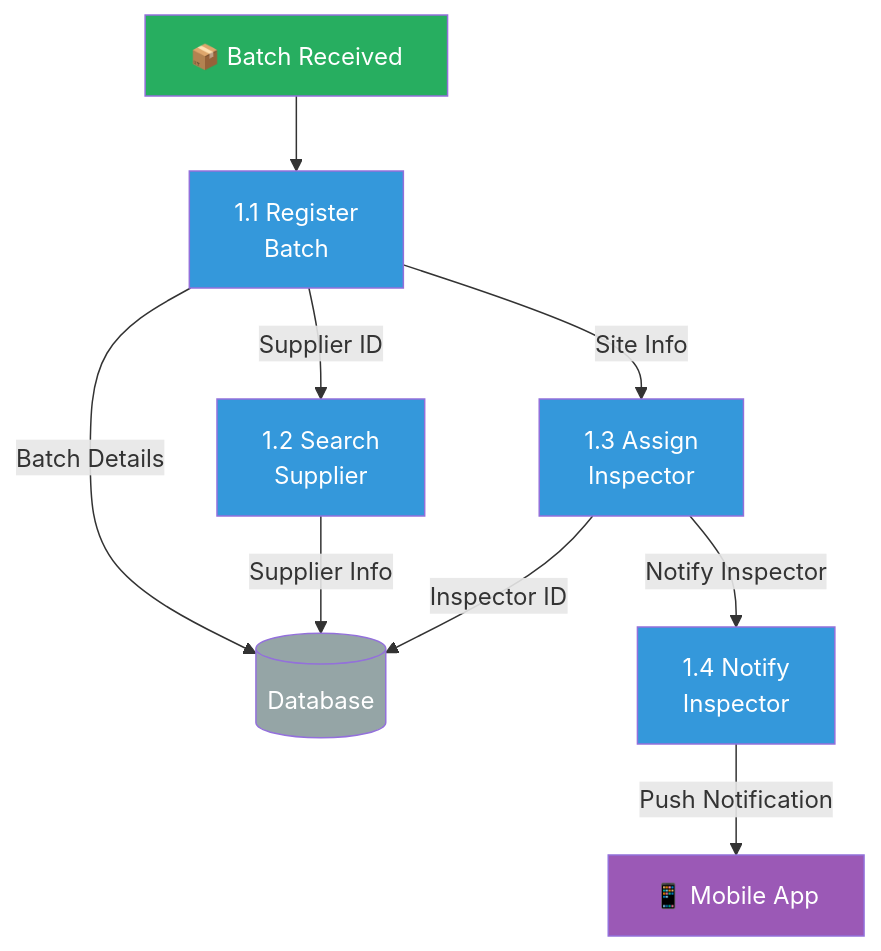
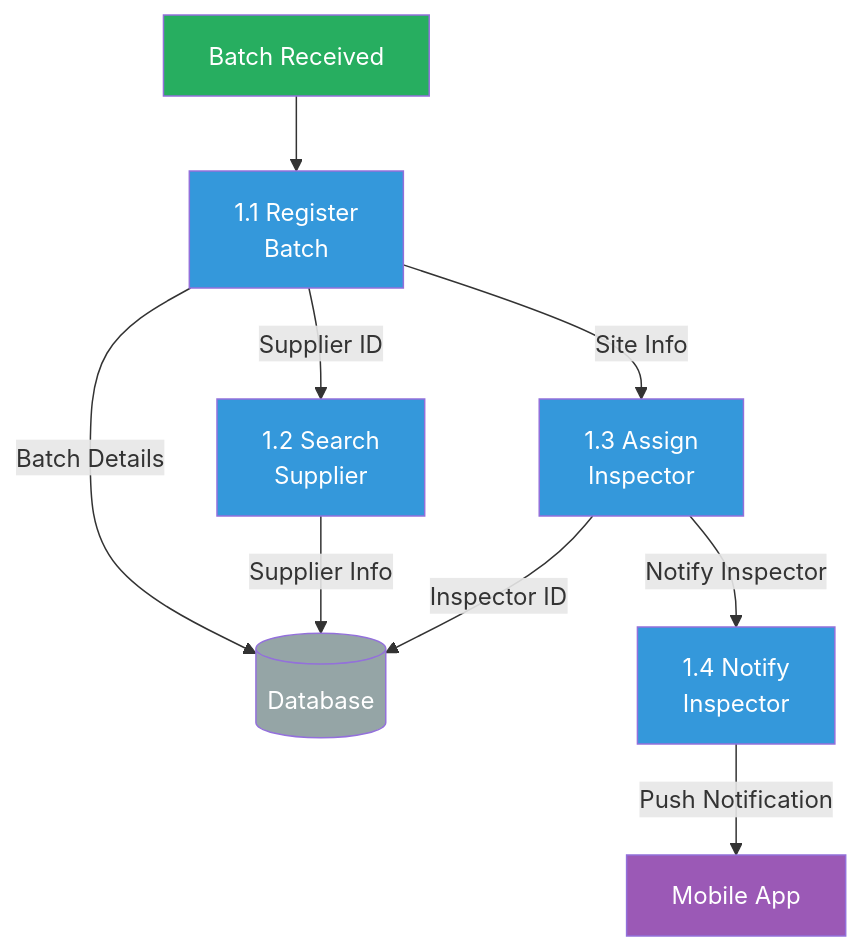
The third of 7 diagrams in docs/architecture/data-flow-diagrams.md (AbraImani/Authmed_Backend_intern), drawn with Mermaid before and after one commit. The commit also changed other lines of this file and 27 other files, not shown here.

Commit message:
docs: remove emojis, translate to English, standardize diagrams and remove color styles

````diff
--- a/docs/architecture/data-flow-diagrams.md
+++ b/docs/architecture/data-flow-diagrams.md
@@ -84,34 +74,34 @@
 ```mermaid
 graph TD
-    Batch["📦 Batch Received"]
+    Batch["Batch Received"]
     
     Reg["1.1 Register<br/>Batch"]
     
     Search["1.2 Search<br/>Supplier"]
     
     Assign["1.3 Assign<br/>Inspector"]
     
     Notify["1.4 Notify<br/>Inspector"]
     
     DB[(Database)]
     
     Batch --> Reg
     Reg -->|Batch Details| DB
     
     Reg -->|Supplier ID| Search
     Search -->|Supplier Info| DB
     
     Reg -->|Site Info| Assign
     Assign -->|Inspector ID| DB
     
     Assign -->|Notify Inspector| Notify
-    Notify -->|Push Notification| Users["📱 Mobile App"]
+    Notify -->|Push Notification| Users["Mobile App"]
     
     style Batch fill:#27ae60,color:#fff
     style Reg fill:#3498db,color:#fff
     style Search fill:#3498db,color:#fff
     style Assign fill:#3498db,color:#fff
     style Notify fill:#3498db,color:#fff
     style DB fill:#95a5a6,color:#fff
     style Users fill:#9b59b6,color:#fff
 ```
````
